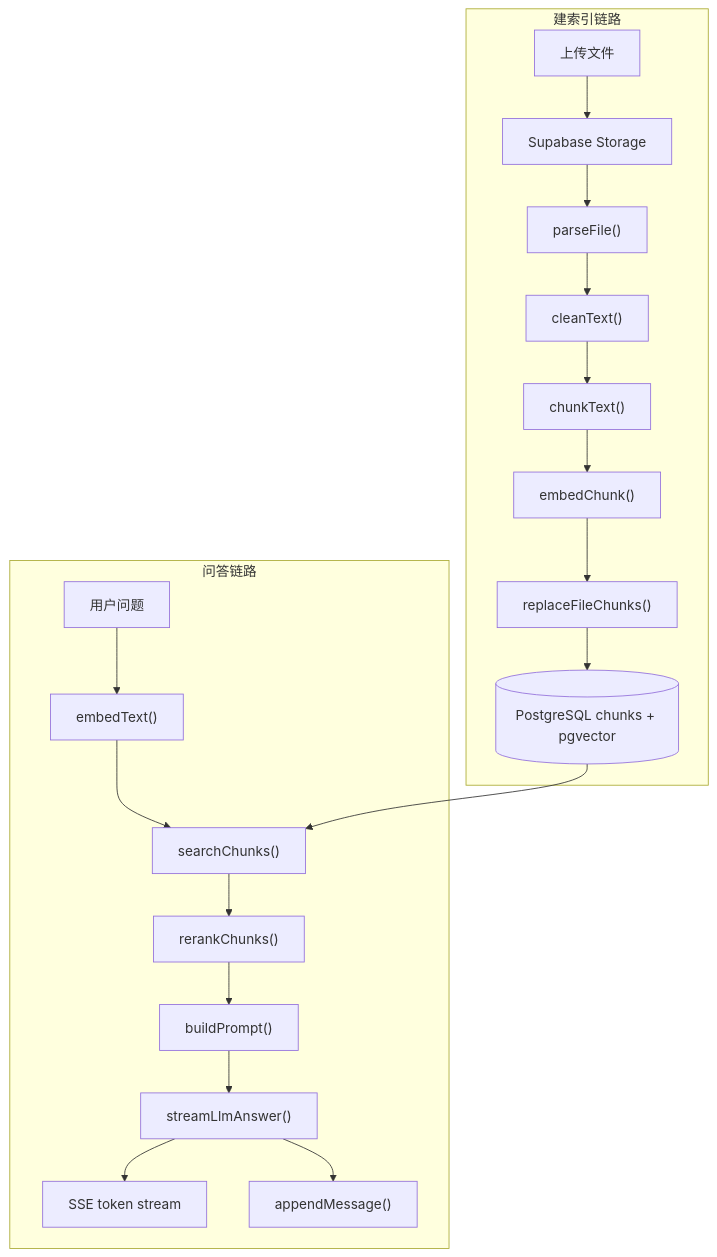
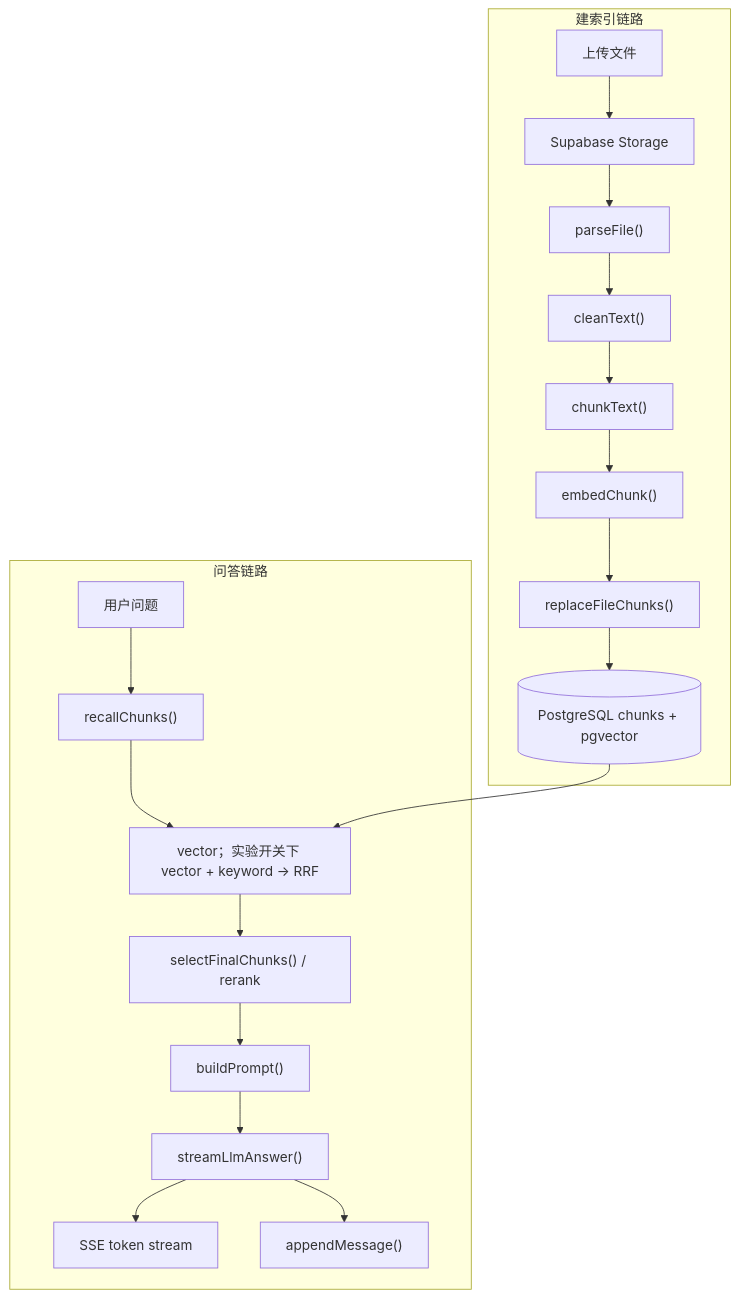
Before and after one commit to Brant-Satoshi/KnowFlow: the diagram in RAG_pipeline.md, drawn with Mermaid. The commit also changed other lines of this file and 21 other files, not shown here.

````diff
--- a/RAG_pipeline.md
+++ b/RAG_pipeline.md
@@ -14,24 +14,24 @@
 ```mermaid
 flowchart TD
   subgraph Indexing["建索引链路"]
     A["上传文件"] --> B["Supabase Storage"]
     B --> C["parseFile()"]
     C --> D["cleanText()"]
     D --> E["chunkText()"]
     E --> F["embedChunk()"]
     F --> G["replaceFileChunks()"]
     G --> H[("PostgreSQL chunks + pgvector")]
   end
 
   subgraph Chat["问答链路"]
-    Q["用户问题"] --> QE["embedText()"]
-    QE --> S["searchChunks()"]
-    S --> R["rerankChunks()"]
+    Q["用户问题"] --> RC["recallChunks()"]
+    RC --> S["vector；实验开关下 vector + keyword → RRF"]
+    S --> R["selectFinalChunks() / rerank"]
     R --> P["buildPrompt()"]
     P --> L["streamLlmAnswer()"]
     L --> O["SSE token stream"]
     L --> M["appendMessage()"]
   end
 
   H --> S
 ```
````
